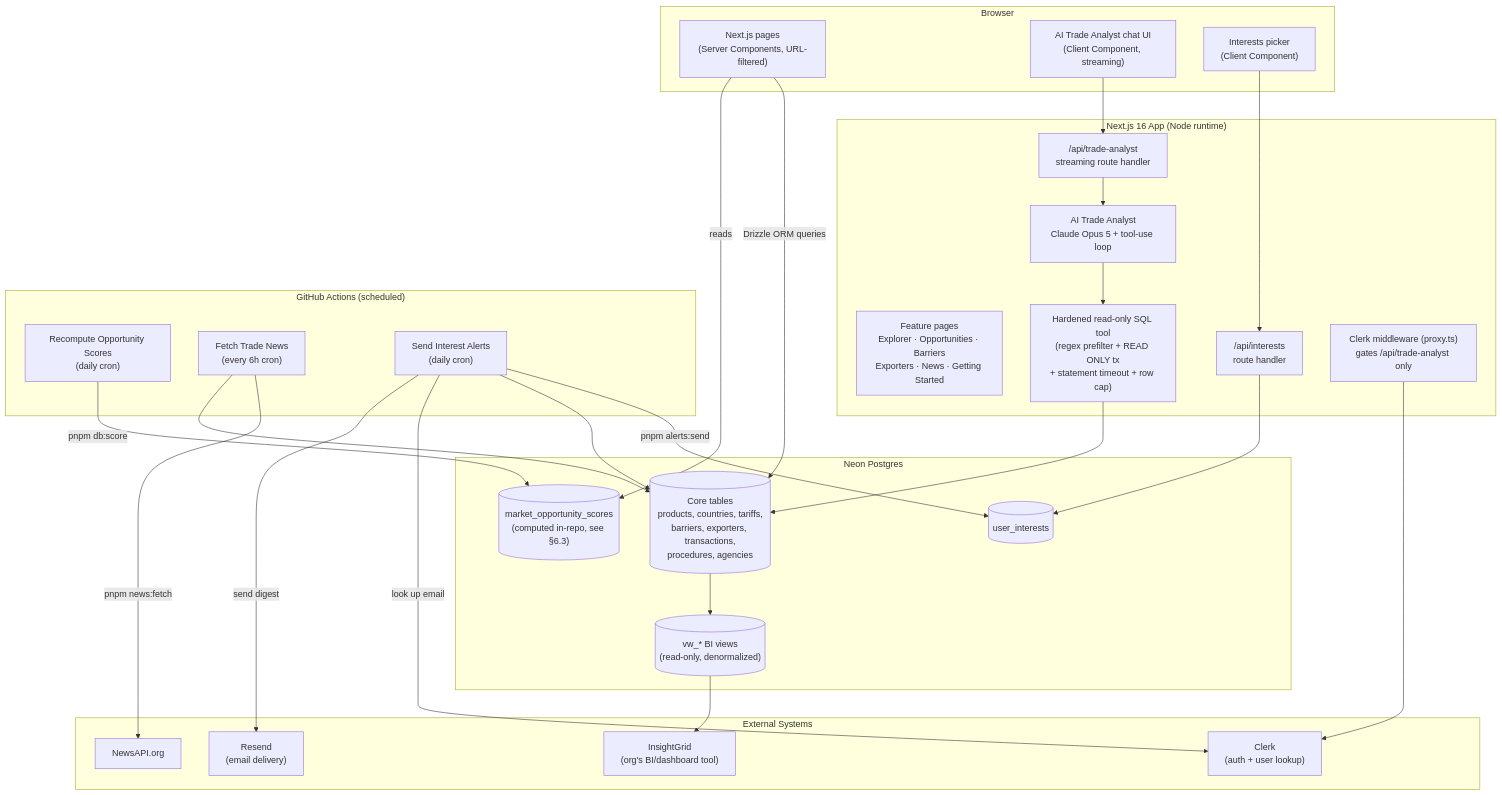
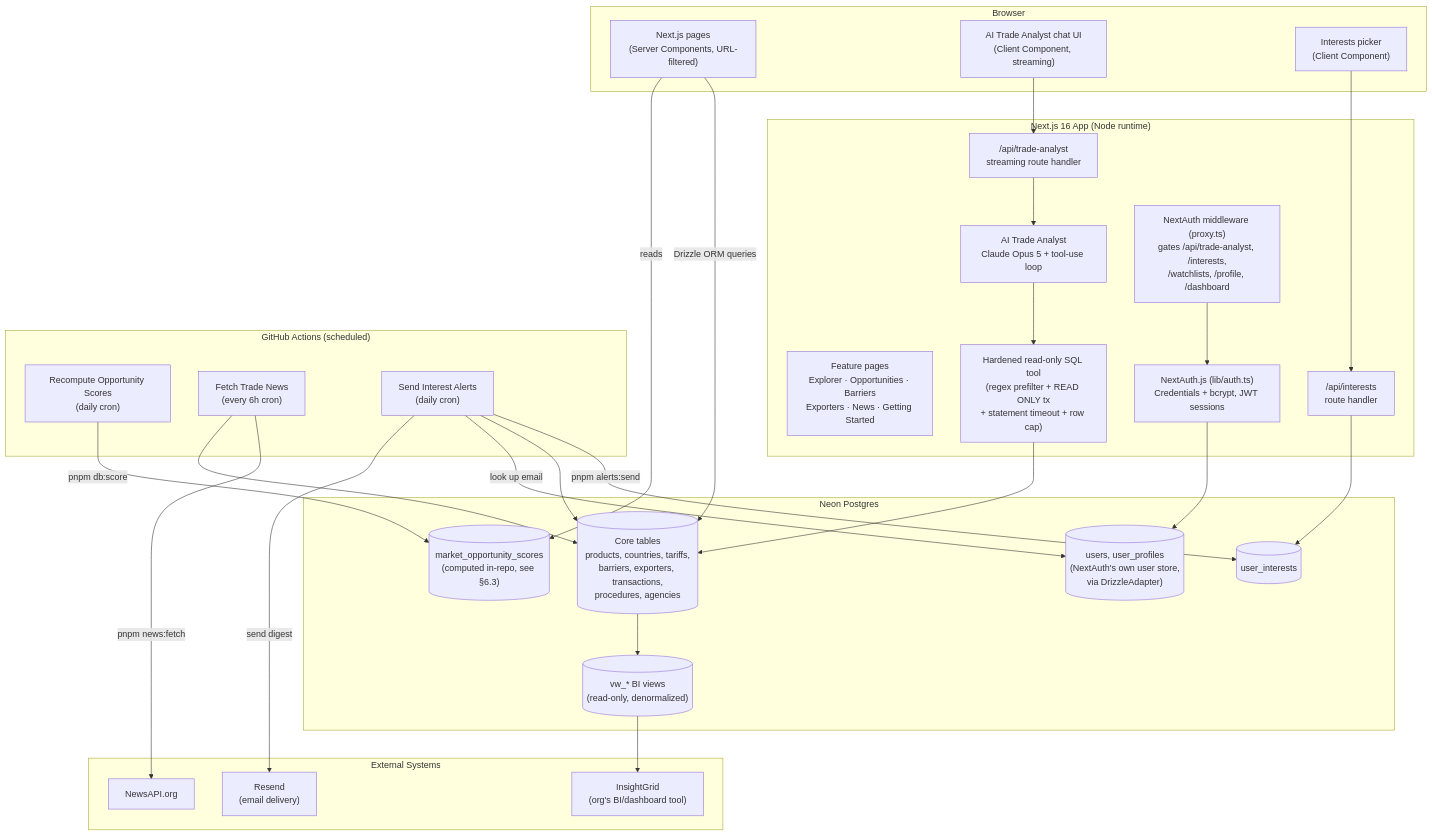
One commit to AbelKevinKipkosgei/kenya-trade-intelligence-platform changed the diagram in README.md. Above: the diagram before and after it, drawn with Mermaid. The commit also changed other lines of this file, not shown here.

Commit message:
Docs: update README for the NextAuth migration and notification system

````diff
--- a/README.md
+++ b/README.md
@@ -51,52 +51,53 @@
 ```mermaid
 flowchart TB
     subgraph Client["Browser"]
         UI["Next.js pages<br/>(Server Components, URL-filtered)"]
         Chat["AI Trade Analyst chat UI<br/>(Client Component, streaming)"]
         Interests["Interests picker<br/>(Client Component)"]
     end
 
     subgraph App["Next.js 16 App (Node runtime)"]
         Pages["Feature pages<br/>Explorer · Opportunities · Barriers<br/>Exporters · News · Getting Started"]
         API["/api/trade-analyst<br/>streaming route handler"]
         InterestsAPI["/api/interests<br/>route handler"]
         Analyst["AI Trade Analyst<br/>Claude Opus 5 + tool-use loop"]
         SQLTool["Hardened read-only SQL tool<br/>(regex prefilter + READ ONLY tx<br/>+ statement timeout + row cap)"]
-        Proxy["Clerk middleware (proxy.ts)<br/>gates /api/trade-analyst only"]
+        Proxy["NextAuth middleware (proxy.ts)<br/>gates /api/trade-analyst, /interests,<br/>/watchlists, /profile, /dashboard"]
+        AuthJs["NextAuth.js (lib/auth.ts)<br/>Credentials + bcrypt, JWT sessions"]
     end
 
     subgraph Data["Neon Postgres"]
         Core[("Core tables<br/>products, countries, tariffs,<br/>barriers, exporters, transactions,<br/>procedures, agencies")]
+        UsersTable[("users, user_profiles<br/>(NextAuth's own user store,<br/>via DrizzleAdapter)")]
         Scores[("market_opportunity_scores<br/>(computed in-repo, see §6.3)")]
         Interest_Table[("user_interests")]
         Views[("vw_* BI views<br/>(read-only, denormalized)")]
     end
 
     subgraph External["External Systems"]
         NewsAPI["NewsAPI.org"]
-        Clerk["Clerk<br/>(auth + user lookup)"]
         Resend["Resend<br/>(email delivery)"]
         InsightGrid["InsightGrid<br/>(org's BI/dashboard tool)"]
     end
 
     subgraph Automation["GitHub Actions (scheduled)"]
         ScoreJob["Recompute Opportunity Scores<br/>(daily cron)"]
         NewsJob["Fetch Trade News<br/>(every 6h cron)"]
         AlertsJob["Send Interest Alerts<br/>(daily cron)"]
     end
 
     UI -->|"Drizzle ORM queries"| Core
     UI -->|"reads"| Scores
     Chat --> API --> Analyst --> SQLTool --> Core
     Interests --> InterestsAPI --> Interest_Table
-    Proxy --> Clerk
+    Proxy --> AuthJs --> UsersTable
     ScoreJob -->|"pnpm db:score"| Scores
     NewsJob -->|"pnpm news:fetch"| NewsAPI
     NewsJob --> Core
     AlertsJob -->|"pnpm alerts:send"| Interest_Table
     AlertsJob --> Core
-    AlertsJob -->|"look up email"| Clerk
+    AlertsJob -->|"look up email"| UsersTable
     AlertsJob -->|"send digest"| Resend
     Core --> Views
     Views --> InsightGrid
 ```
````
